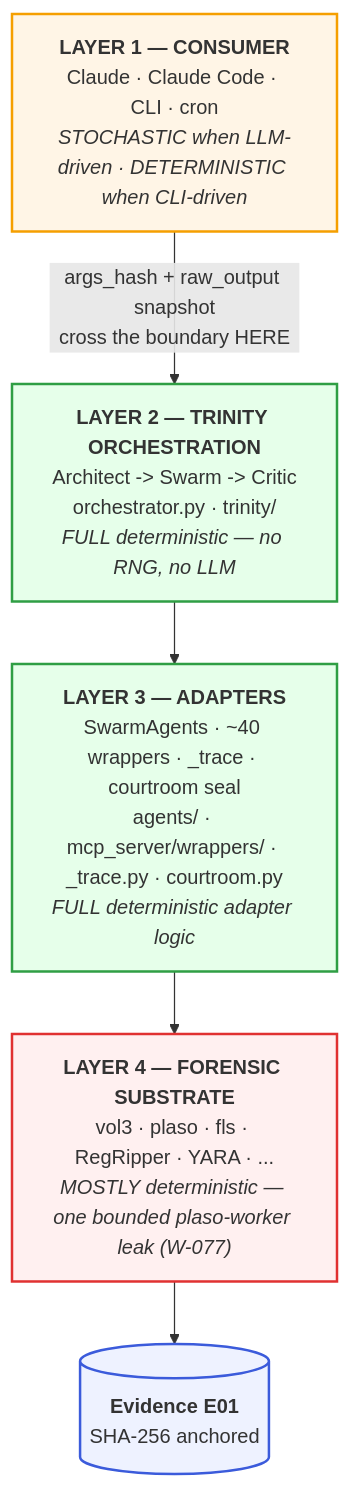
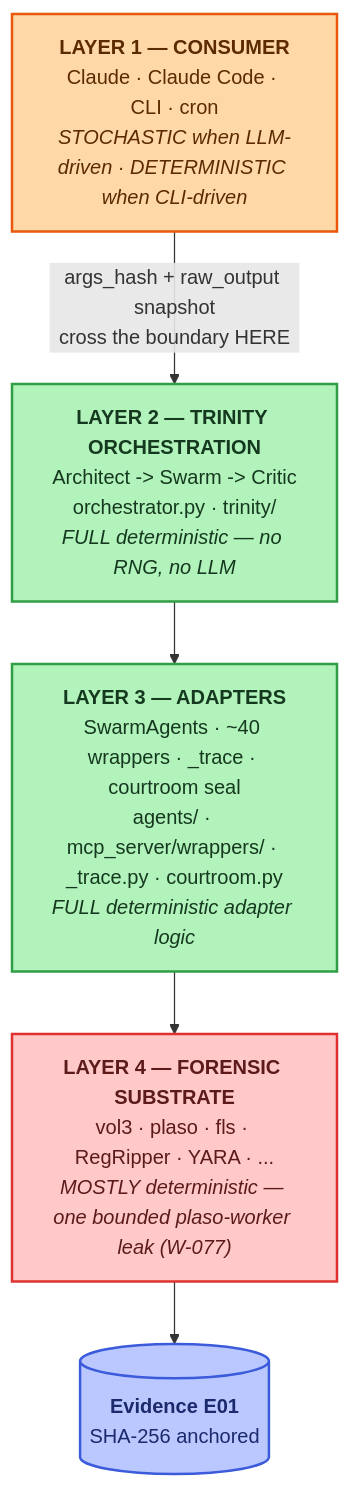
Before and after one commit to galvangabriel-web/agentropix-mcp: the second of 2 diagrams in docs/02-architecture/component-architecture.md, drawn with Mermaid. The commit also changed other lines of this file, not shown here.

First line of the commit message:
Recolor component-architecture diagrams for readability

````diff
--- a/docs/02-architecture/component-architecture.md
+++ b/docs/02-architecture/component-architecture.md
@@ -113,18 +118,18 @@
 ```mermaid
 flowchart TB
     L1["<b>LAYER 1 — CONSUMER</b><br/>Claude · Claude Code · CLI · cron<br/><i>STOCHASTIC when LLM-driven · DETERMINISTIC when CLI-driven</i>"]:::stoch
     L2["<b>LAYER 2 — TRINITY ORCHESTRATION</b><br/>Architect -> Swarm -> Critic<br/>orchestrator.py · trinity/<br/><i>FULL deterministic — no RNG, no LLM</i>"]:::det
     L3["<b>LAYER 3 — ADAPTERS</b><br/>SwarmAgents · ~40 wrappers · _trace · courtroom seal<br/>agents/ · mcp_server/wrappers/ · _trace.py · courtroom.py<br/><i>FULL deterministic adapter logic</i>"]:::det
     L4["<b>LAYER 4 — FORENSIC SUBSTRATE</b><br/>vol3 · plaso · fls · RegRipper · YARA · ...<br/><i>MOSTLY deterministic — one bounded plaso-worker leak (W-077)</i>"]:::leak
     E01[("<b>Evidence E01</b><br/>SHA-256 anchored")]:::anchor
 
     L1 -- "args_hash + raw_output snapshot<br/>cross the boundary HERE" --> L2
     L2 --> L3
     L3 --> L4
     L4 --> E01
 
-    classDef stoch fill:#fff5e6,stroke:#f59f00,stroke-width:2px
-    classDef det fill:#e6ffea,stroke:#2f9e44,stroke-width:2px
-    classDef leak fill:#fff0f0,stroke:#e03131,stroke-width:2px
-    classDef anchor fill:#eef2ff,stroke:#3b5bdb,stroke-width:2px
+    classDef stoch fill:#ffd8a8,stroke:#e8590c,color:#5c2a00,stroke-width:2px
+    classDef det fill:#b2f2bb,stroke:#2f9e44,color:#15391f,stroke-width:2px
+    classDef leak fill:#ffc9c9,stroke:#e03131,color:#5c1a1a,stroke-width:2px
+    classDef anchor fill:#bac8ff,stroke:#3b5bdb,color:#1a2a6c,stroke-width:2px
 ```
````
